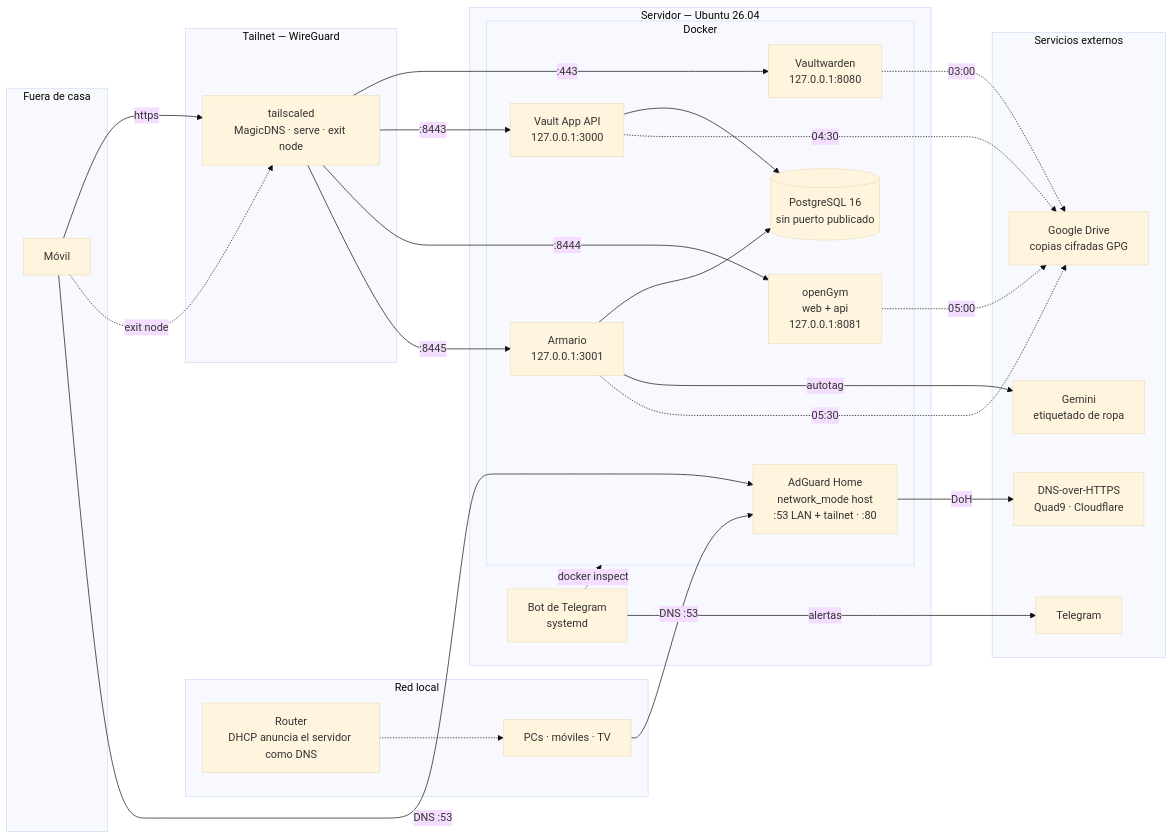
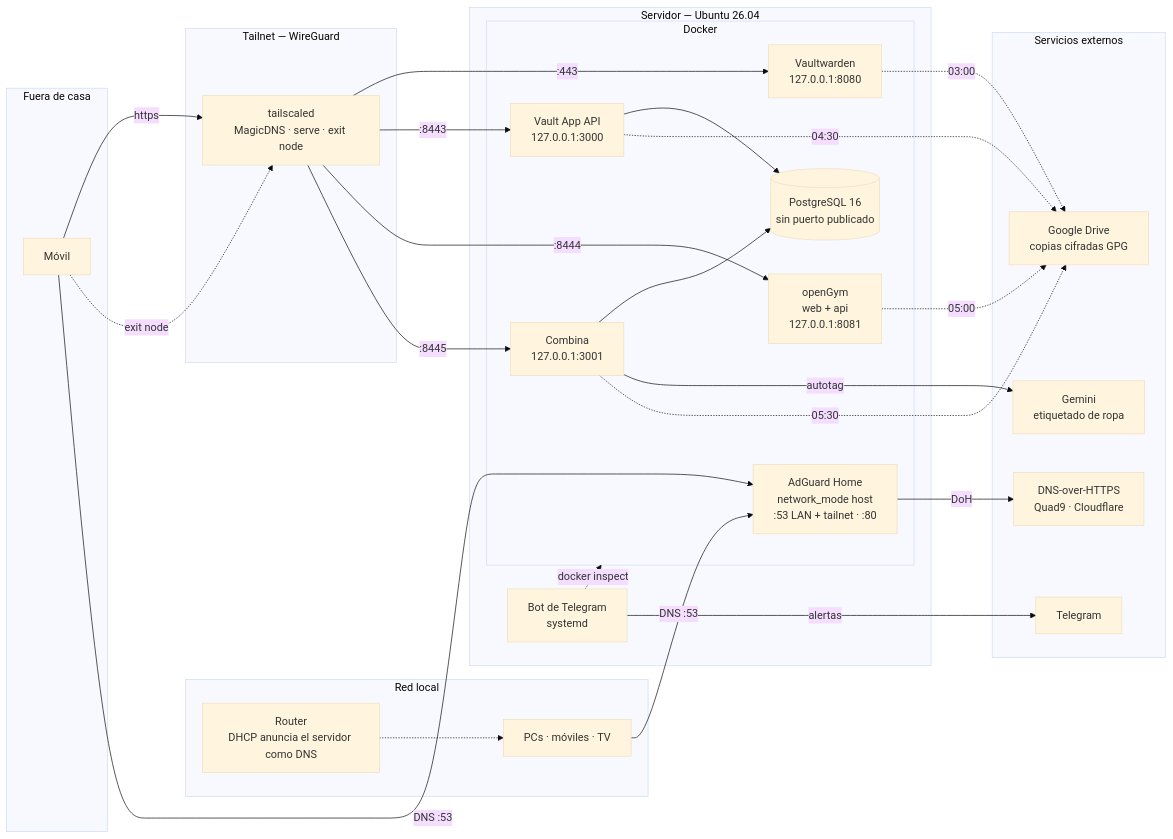
The diagram in README.md (SaguadoDev/homelab), drawn with Mermaid (base theme) before and after one commit. The commit also changed other lines of this file, not shown here.

Commit message:
Rename 'Armario' to 'Combina' in README

````diff
--- a/README.md
+++ b/README.md
@@ -38,54 +38,54 @@
 ```mermaid
 flowchart LR
     subgraph fuera ["Fuera de casa"]
         movil["Móvil"]
     end
 
     subgraph lan ["Red local"]
         router["Router<br/>DHCP anuncia el servidor como DNS"]
         disp["PCs · móviles · TV"]
     end
 
     subgraph tailnet ["Tailnet — WireGuard"]
         tsd["tailscaled<br/>MagicDNS · serve · exit node"]
     end
 
     subgraph host ["Servidor — Ubuntu 26.04"]
         bot["Bot de Telegram<br/>systemd"]
         subgraph docker ["Docker"]
             adg["AdGuard Home<br/>network_mode host<br/>:53 LAN + tailnet · :80"]
             vw["Vaultwarden<br/>127.0.0.1:8080"]
             api["Vault App API<br/>127.0.0.1:3000"]
             pg[("PostgreSQL 16<br/>sin puerto publicado")]
             og["openGym<br/>web + api<br/>127.0.0.1:8081"]
-            arm["Armario<br/>127.0.0.1:3001"]
+            arm["Combina<br/>127.0.0.1:3001"]
         end
     end
 
     subgraph ext ["Servicios externos"]
         gem["Gemini<br/>etiquetado de ropa"]
         doh["DNS-over-HTTPS<br/>Quad9 · Cloudflare"]
         drive["Google Drive<br/>copias cifradas GPG"]
         tg["Telegram"]
     end
 
     movil -->|"https"| tsd
     movil -.->|"exit node"| tsd
     router -.-> disp
     disp -->|"DNS :53"| adg
     movil -->|"DNS :53"| adg
     tsd -->|":443"| vw
     tsd -->|":8443"| api
     tsd -->|":8444"| og
     tsd -->|":8445"| arm
     api --> pg
     arm --> pg
     adg -->|"DoH"| doh
     arm -->|"autotag"| gem
     bot -.->|"docker inspect"| docker
     bot -->|"alertas"| tg
     vw -.->|"03:00"| drive
     api -.->|"04:30"| drive
     og -.->|"05:00"| drive
     arm -.->|"05:30"| drive
 ```
````
